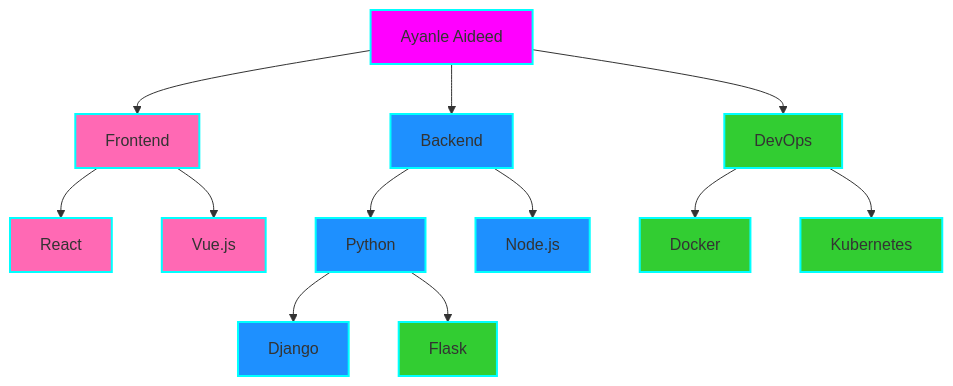
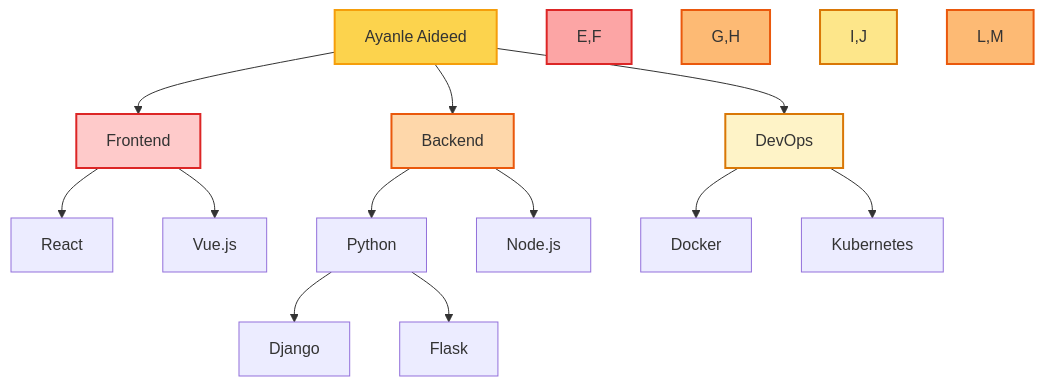
Before and after one commit to Ayanleaideed/Ayanleaideed: the diagram in README.md, drawn with Mermaid. The commit also changed other lines of this file, not shown here.

````diff
--- a/README.md
+++ b/README.md
@@ -89,26 +94,22 @@
 ```mermaid
 graph TD
     A[Ayanle Aideed] --> B[Frontend]
     A --> C[Backend]
     A --> D[DevOps]
     B --> E[React]
     B --> F[Vue.js]
     C --> G[Python]
     C --> H[Node.js]
     D --> I[Docker]
     D --> J[Kubernetes]
     G --> L[Django]
     G --> M[Flask]
-    style A fill:#FF00FF,stroke:#00FFFF,stroke-width:2px
-    style B fill:#FF69B4,stroke:#00FFFF,stroke-width:2px
-    style C fill:#1E90FF,stroke:#00FFFF,stroke-width:2px
-    style D fill:#32CD32,stroke:#00FFFF,stroke-width:2px
-    style E fill:#FF69B4,stroke:#00FFFF,stroke-width:2px
-    style F fill:#FF69B4,stroke:#00FFFF,stroke-width:2px
-    style G fill:#1E90FF,stroke:#00FFFF,stroke-width:2px
-    style H fill:#1E90FF,stroke:#00FFFF,stroke-width:2px
-    style I fill:#32CD32,stroke:#00FFFF,stroke-width:2px
-    style J fill:#32CD32,stroke:#00FFFF,stroke-width:2px
-    style L fill:#1E90FF,stroke:#00FFFF,stroke-width:2px
-    style M fill:#32CD32,stroke:#00FFFF,stroke-width:2px
+    style A fill:#FCD34D,stroke:#F59E0B,stroke-width:2px
+    style B fill:#FECACA,stroke:#DC2626,stroke-width:2px
+    style C fill:#FED7AA,stroke:#EA580C,stroke-width:2px
+    style D fill:#FEF3C7,stroke:#D97706,stroke-width:2px
+    style E,F fill:#FCA5A5,stroke:#DC2626,stroke-width:2px
+    style G,H fill:#FDBA74,stroke:#EA580C,stroke-width:2px
+    style I,J fill:#FDE68A,stroke:#D97706,stroke-width:2px
+    style L,M fill:#FDBA74,stroke:#EA580C,stroke-width:2px
 ```
````
